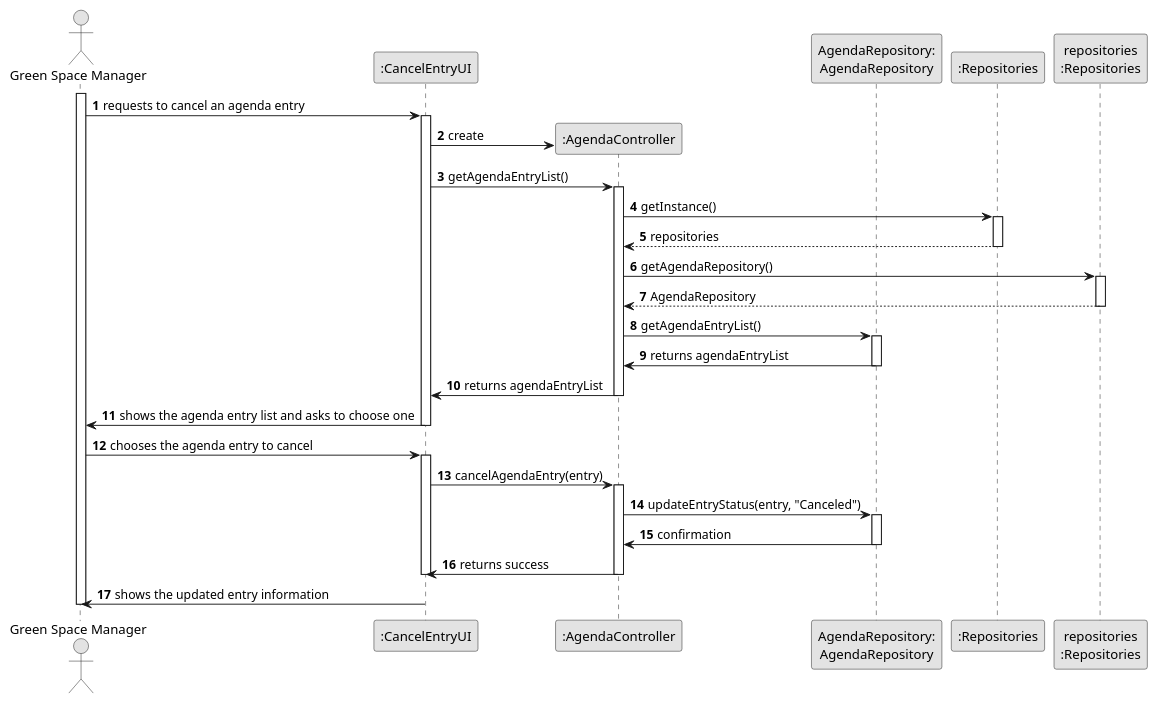
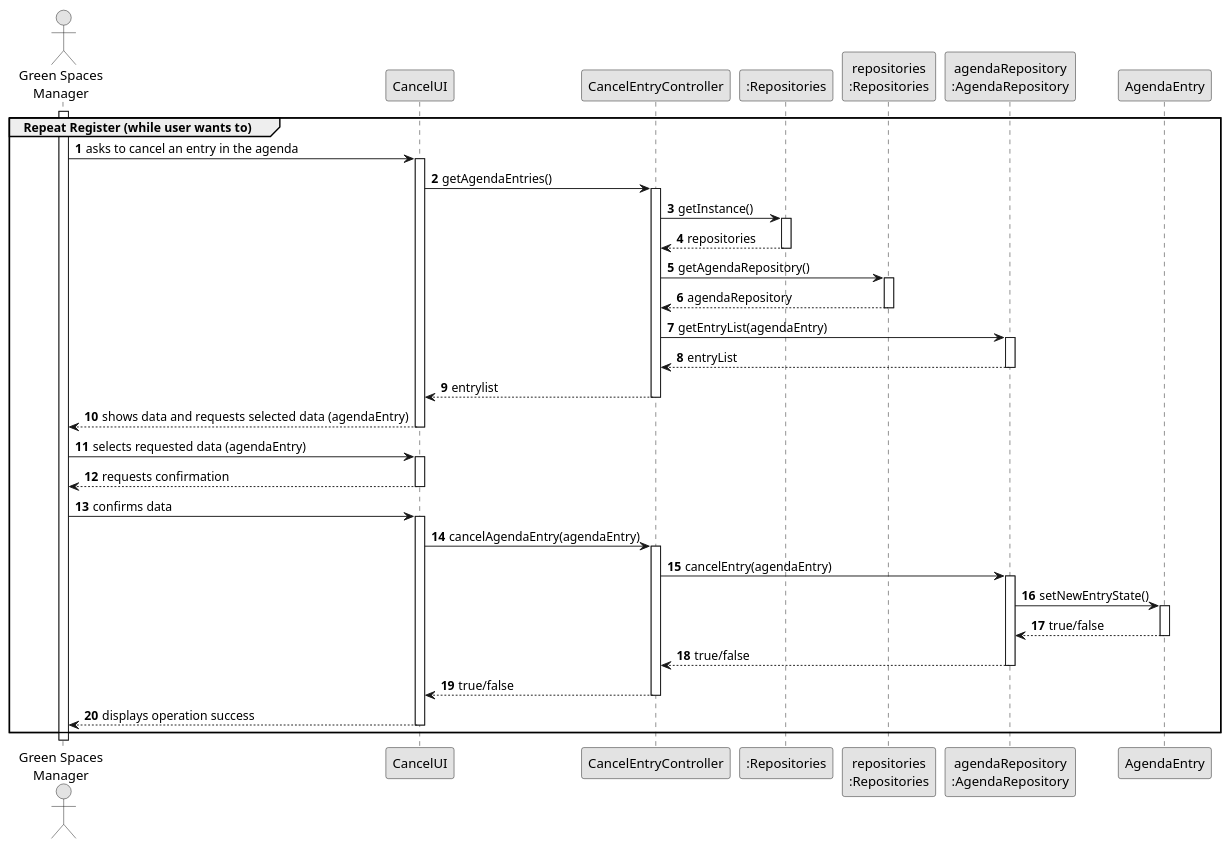
Before and after one commit to RicardoMorim/lapr2-ISEP-Project: the diagram in docs/sprintC/us025/03.design/puml/us025-sequence-diagram-full.puml, drawn with PlantUML. The commit also changed 1 other file, not shown here.

Commit message:
updated us025 on the design sequence diagram

```diff
--- a/docs/sprintC/us025/03.design/puml/us025-sequence-diagram-full.puml
+++ b/docs/sprintC/us025/03.design/puml/us025-sequence-diagram-full.puml
@@ -1,54 +1,72 @@
 @startuml
 skinparam monochrome true
 skinparam packageStyle rectangle
 skinparam shadowing false
 
 autonumber
 
-actor "Green Space Manager" as GSM
-participant ":CancelEntryUI" as UI
-participant ":AgendaController" as AgendaCTRL
-participant "AgendaRepository:\nAgendaRepository" as AgendaRepository
-participant ":Repositories" as RepositorySingleton
+'hide footbox
+actor "Green Spaces\nManager" as Employee
+participant "CancelUI" as UI
+participant "CancelEntryController" as CTRL
+participant ":Repositories" as REP
 participant "repositories\n:Repositories" as PLAT
+participant "agendaRepository\n:AgendaRepository" as AGR
+participant "AgendaEntry" as AG
 
-activate GSM
-    GSM -> UI : requests to cancel an agenda entry
+activate Employee
+group Repeat Register (while user wants to)
+    Employee -> UI : asks to cancel an entry in the agenda
     activate UI
-    UI -> AgendaCTRL** : create
-    UI -> AgendaCTRL : getAgendaEntryList()
-    activate AgendaCTRL
-        AgendaCTRL -> RepositorySingleton : getInstance()
-        activate RepositorySingleton
-            RepositorySingleton --> AgendaCTRL : repositories
-        deactivate RepositorySingleton
+    UI -> CTRL : getAgendaEntries()
+    activate CTRL
 
-        AgendaCTRL -> PLAT : getAgendaRepository()
-        activate PLAT
-            PLAT --> AgendaCTRL : AgendaRepository
-        deactivate PLAT
+    CTRL -> REP : getInstance()
+    activate REP
+    REP --> CTRL : repositories
+    deactivate REP
+    CTRL -> PLAT : getAgendaRepository()
+    activate PLAT
+    PLAT --> CTRL : agendaRepository
+    deactivate PLAT
+    CTRL -> AGR : getEntryList(agendaEntry)
+    activate AGR
 
-        AgendaCTRL -> AgendaRepository : getAgendaEntryList()
-        activate AgendaRepository
-            AgendaRepository -> AgendaCTRL : returns agendaEntryList
-        deactivate AgendaRepository
-        AgendaCTRL -> UI : returns agendaEntryList
-    deactivate AgendaCTRL
-    UI -> GSM : shows the agenda entry list and asks to choose one
+    AGR --> CTRL : entryList
+    deactivate AGR
+
+    CTRL --> UI : entrylist
+    deactivate CTRL
+
+    UI --> Employee : shows data and requests selected data (agendaEntry)
     deactivate UI
-    GSM -> UI : chooses the agenda entry to cancel
 
+    Employee -> UI : selects requested data (agendaEntry)
     activate UI
-        UI -> AgendaCTRL : cancelAgendaEntry(entry)
-        activate AgendaCTRL
-            AgendaCTRL -> AgendaRepository : updateEntryStatus(entry, "Canceled")
-            activate AgendaRepository
-                AgendaRepository -> AgendaCTRL : confirmation
-            deactivate AgendaRepository
-            AgendaCTRL -> UI : returns success
-        deactivate AgendaCTRL
+
+    UI --> Employee : requests confirmation
     deactivate UI
-    UI -> GSM : shows the updated entry information
-deactivate GSM
 
+    Employee -> UI : confirms data
+    activate UI
+    UI -> CTRL : cancelAgendaEntry(agendaEntry)
+    activate CTRL
+        CTRL -> AGR : cancelEntry(agendaEntry)
+        activate AGR
+
+        AGR -> AG : setNewEntryState()
+        activate AG
+
+        AG --> AGR : true/false
+        deactivate AG
+
+        AGR --> CTRL : true/false
+        deactivate AGR
+        CTRL --> UI : true/false
+        deactivate CTRL
+
+        UI --> Employee : displays operation success
+        deactivate UI
+
+end
 @enduml
```
